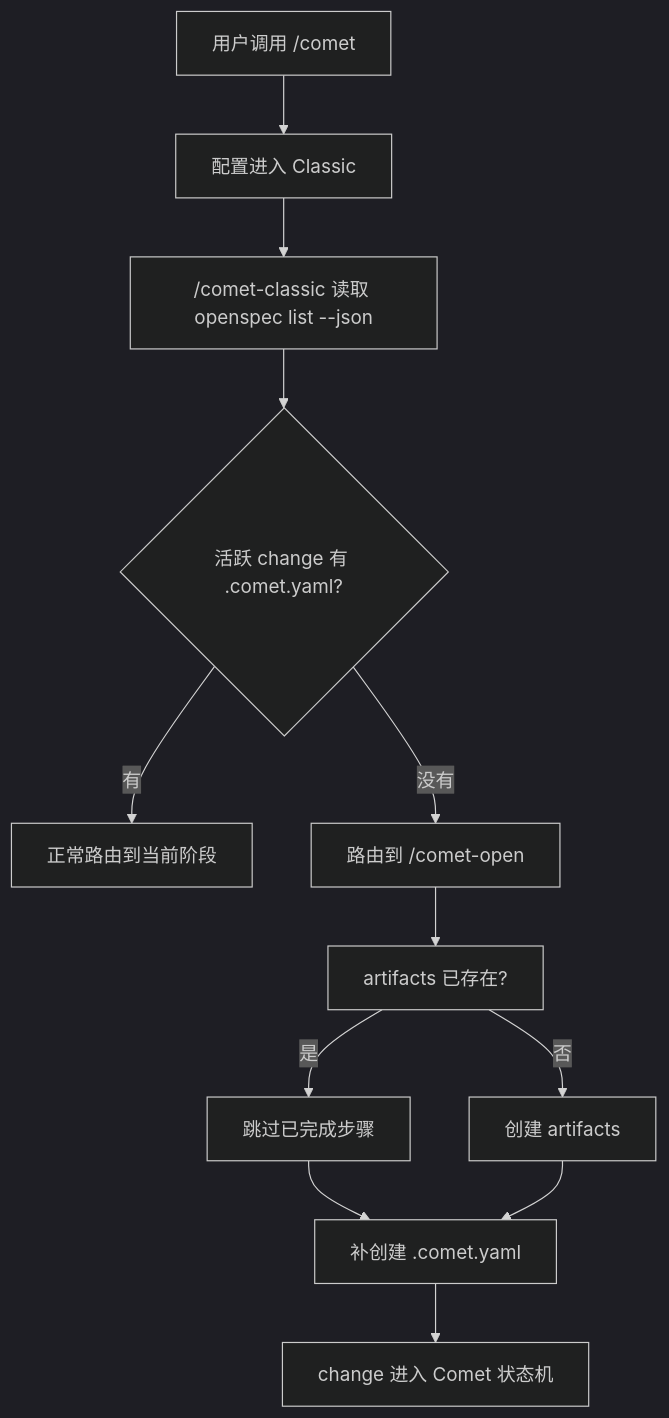
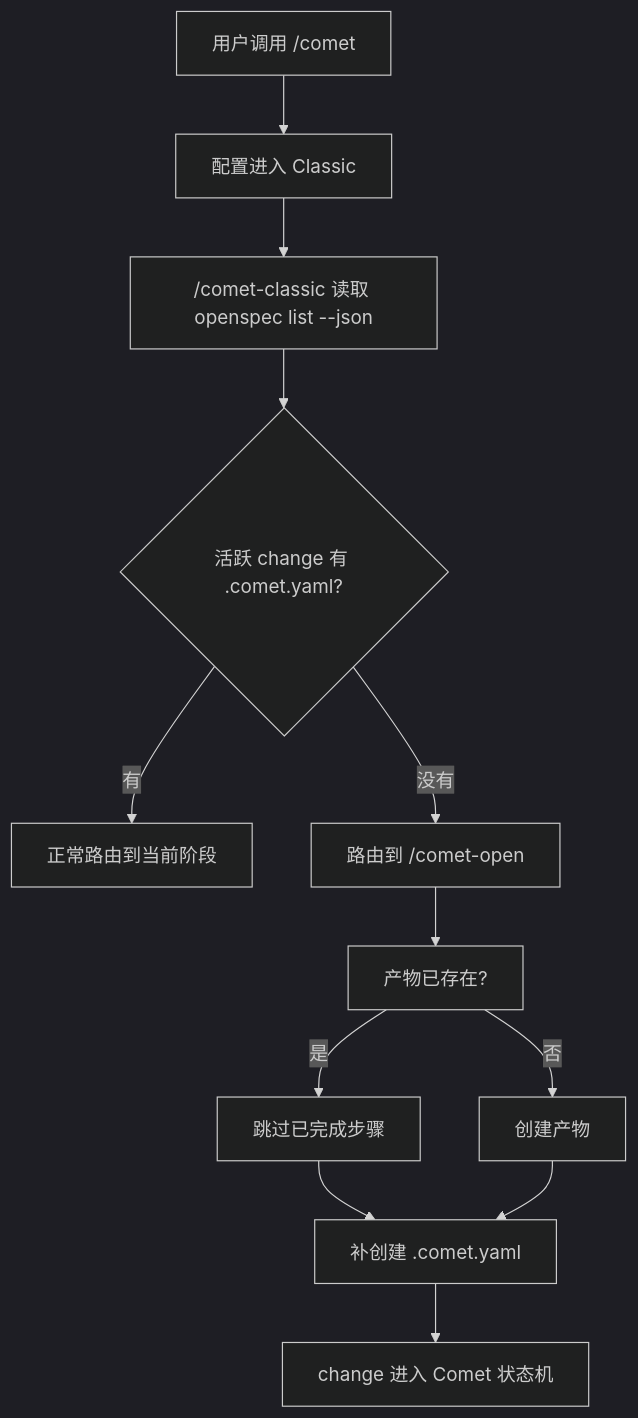
Before and after one commit to rpamis/comet-website-docs: the second of 2 diagrams in zh/guides/existing-project.mdx, drawn with Mermaid (dark theme). The commit also changed other lines of this file and 138 other files, not shown here.

````diff
--- a/zh/guides/existing-project.mdx
+++ b/zh/guides/existing-project.mdx
@@ -142,14 +141,14 @@
 ```mermaid
 flowchart TD
   A["用户调用 /comet"] --> B["配置进入 Classic"]
   B --> C["/comet-classic 读取 openspec list --json"]
   C --> D{"活跃 change 有 .comet.yaml?"}
   D -->|有| E["正常路由到当前阶段"]
   D -->|没有| F["路由到 /comet-open"]
-  F --> G["artifacts 已存在?"]
+  F --> G["产物已存在?"]
   G -->|是| H["跳过已完成步骤"]
-  G -->|否| I["创建 artifacts"]
+  G -->|否| I["创建产物"]
   H --> J["补创建 .comet.yaml"]
   I --> J
   J --> K["change 进入 Comet 状态机"]
 ```
````
